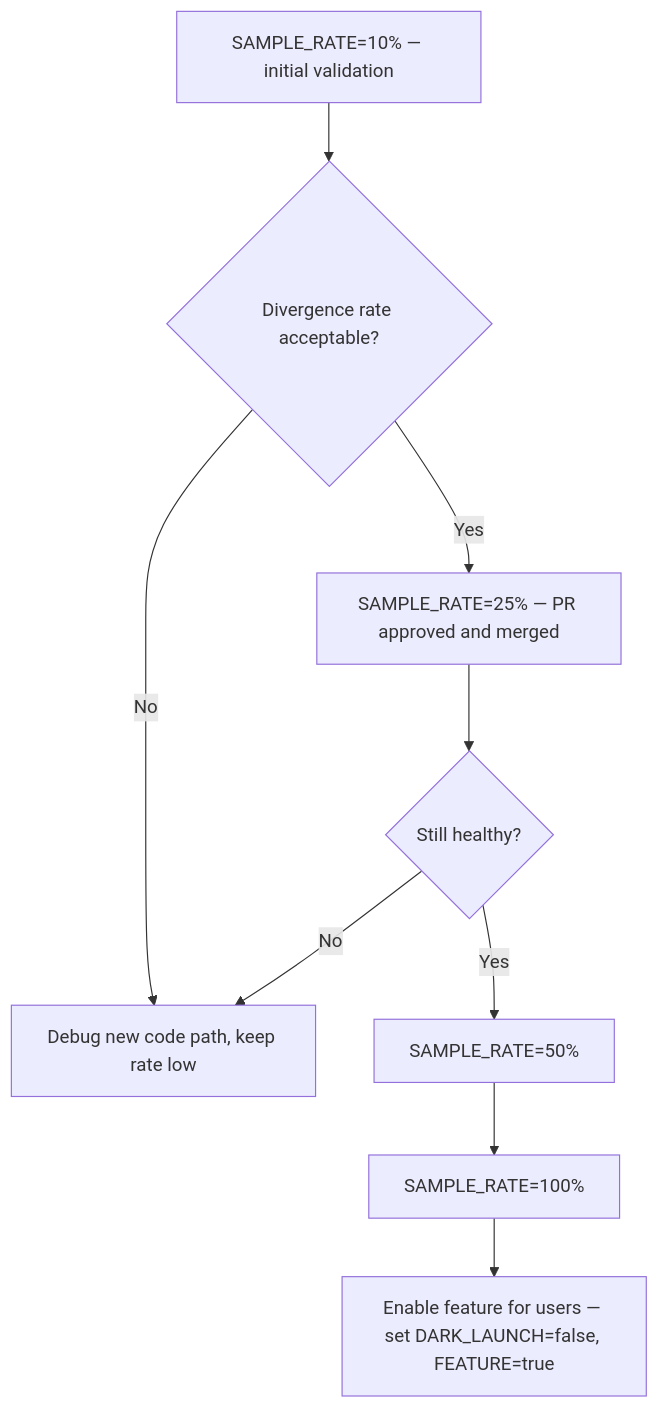
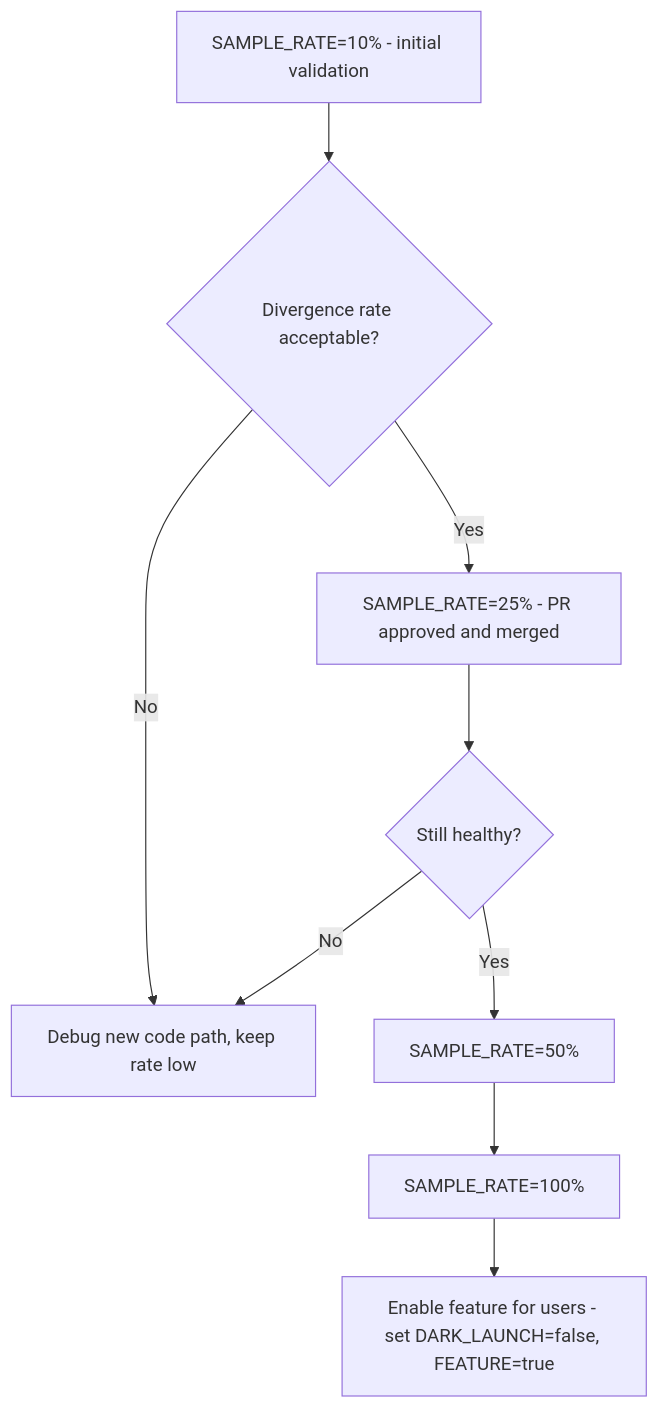
Before and after one commit to OneUptime/blog: the diagram in posts/2026-03-13-gitops-dark-launch-pattern-flux/README.md, drawn with Mermaid. The commit also changed other lines of this file and 4409 other files, not shown here.

````diff
--- a/posts/2026-03-13-gitops-dark-launch-pattern-flux/README.md
+++ b/posts/2026-03-13-gitops-dark-launch-pattern-flux/README.md
@@ -172,11 +172,11 @@
 ```mermaid
 flowchart TD
-    A["SAMPLE_RATE=10% — initial validation"] --> B{Divergence rate acceptable?}
+    A["SAMPLE_RATE=10% - initial validation"] --> B{Divergence rate acceptable?}
     B -- No --> C[Debug new code path, keep rate low]
-    B -- Yes --> D["SAMPLE_RATE=25% — PR approved and merged"]
+    B -- Yes --> D["SAMPLE_RATE=25% - PR approved and merged"]
     D --> E{Still healthy?}
     E -- No --> C
     E -- Yes --> F["SAMPLE_RATE=50%"]
     F --> G["SAMPLE_RATE=100%"]
-    G --> H[Enable feature for users — set DARK_LAUNCH=false, FEATURE=true]
+    G --> H[Enable feature for users - set DARK_LAUNCH=false, FEATURE=true]
 ```
````
